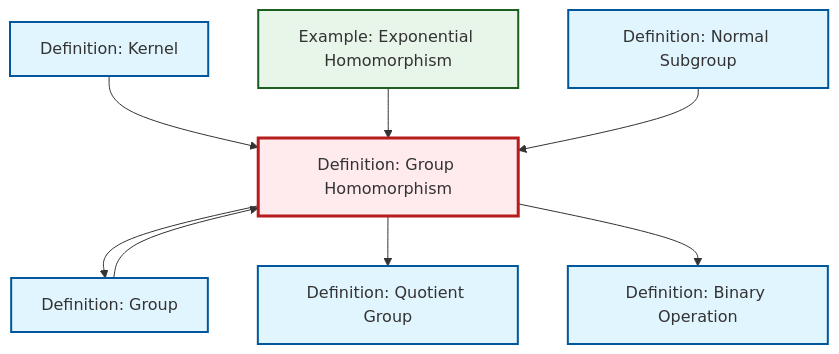
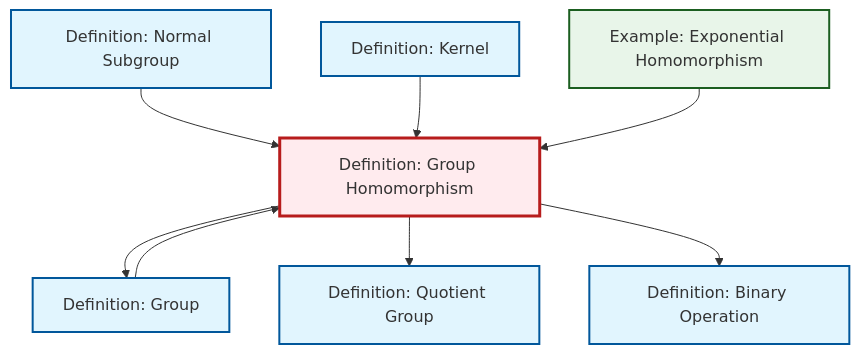
One commit to RK0429/ModernMath changed the diagram in content/en/algebra/def-homomorphism.qmd. Above: the diagram before and after it, drawn with Mermaid. The commit also changed other lines of this file and 417 other files, not shown here.

````diff
--- a/content/en/algebra/def-homomorphism.qmd
+++ b/content/en/algebra/def-homomorphism.qmd
@@ -61,30 +61,30 @@
 ```{mermaid}
 %%| fig-cap: "Local dependency graph"
 graph TD
     classDef definition fill:#e1f5fe,stroke:#01579b,stroke-width:2px
     classDef theorem fill:#f3e5f5,stroke:#4a148c,stroke-width:2px
     classDef axiom fill:#fff3e0,stroke:#e65100,stroke-width:2px
     classDef example fill:#e8f5e9,stroke:#1b5e20,stroke-width:2px
     classDef current fill:#ffebee,stroke:#b71c1c,stroke-width:3px
+    def-kernel["Definition: Kernel"]:::definition
+    def-homomorphism["Definition: Group Homomorphism"]:::definition
+    def-normal-subgroup["Definition: Normal Subgroup"]:::definition
+    def-binary-operation["Definition: Binary Operation"]:::definition
     ex-exponential-homomorphism["Example: Exponential Homomorphism"]:::example
-    def-normal-subgroup["Definition: Normal Subgroup"]:::definition
-    def-kernel["Definition: Kernel"]:::definition
+    def-quotient-group["Definition: Quotient Group"]:::definition
     def-group["Definition: Group"]:::definition
-    def-homomorphism["Definition: Group Homomorphism"]:::definition
-    def-quotient-group["Definition: Quotient Group"]:::definition
-    def-binary-operation["Definition: Binary Operation"]:::definition
+    def-normal-subgroup --> def-homomorphism
     def-homomorphism --> def-group
     def-kernel --> def-homomorphism
+    ex-exponential-homomorphism --> def-homomorphism
+    def-homomorphism --> def-quotient-group
     def-group --> def-homomorphism
-    def-homomorphism --> def-quotient-group
-    ex-exponential-homomorphism --> def-homomorphism
     def-homomorphism --> def-binary-operation
-    def-normal-subgroup --> def-homomorphism
     class def-homomorphism current
+    click def-kernel "def-kernel.html" "Go to Kernel definition"
+    click def-normal-subgroup "def-normal-subgroup.html" "Go to Normal Subgroup definition"
+    click def-binary-operation "def-binary-operation.html" "Go to Binary Operation definition"
     click ex-exponential-homomorphism "ex-exponential-homomorphism.html" "Go to Exponential Homomorphism example"
-    click def-normal-subgroup "def-normal-subgroup.html" "Go to Normal Subgroup definition"
-    click def-kernel "def-kernel.html" "Go to Kernel definition"
+    click def-quotient-group "def-quotient-group.html" "Go to Quotient Group definition"
     click def-group "def-group.html" "Go to Group definition"
-    click def-quotient-group "def-quotient-group.html" "Go to Quotient Group definition"
-    click def-binary-operation "def-binary-operation.html" "Go to Binary Operation definition"
 ```
````
